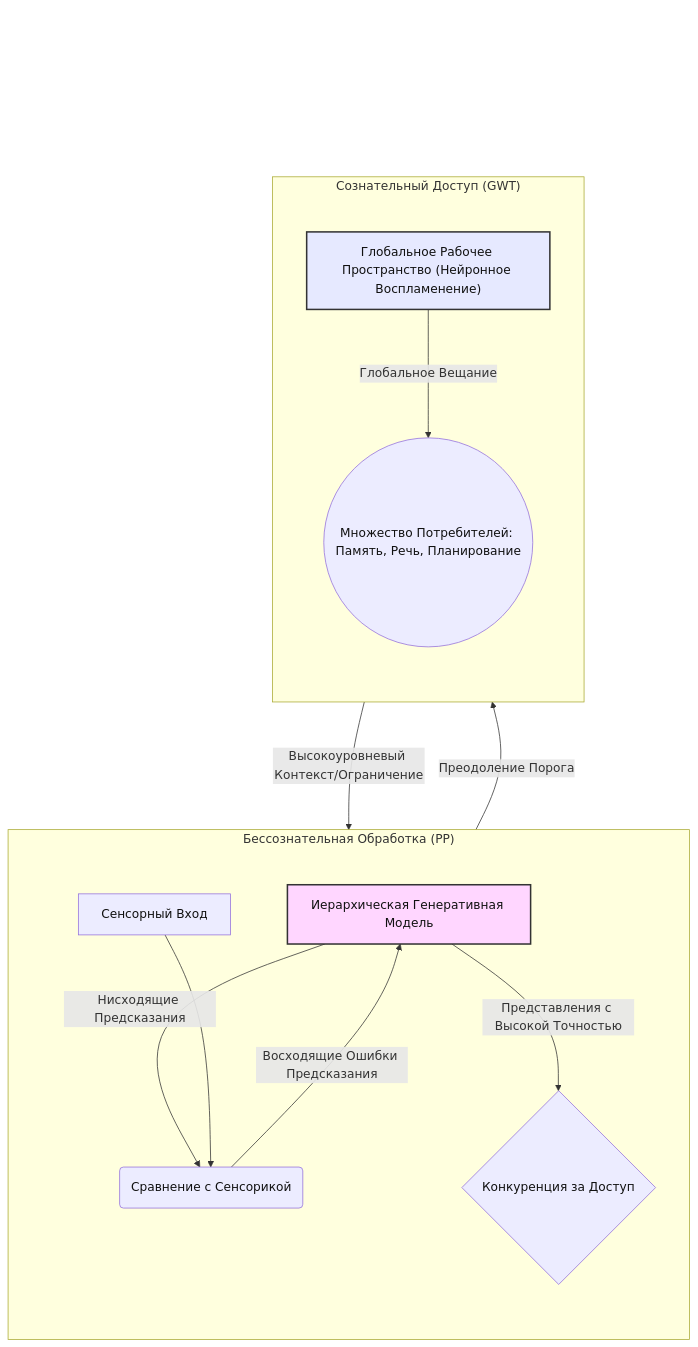
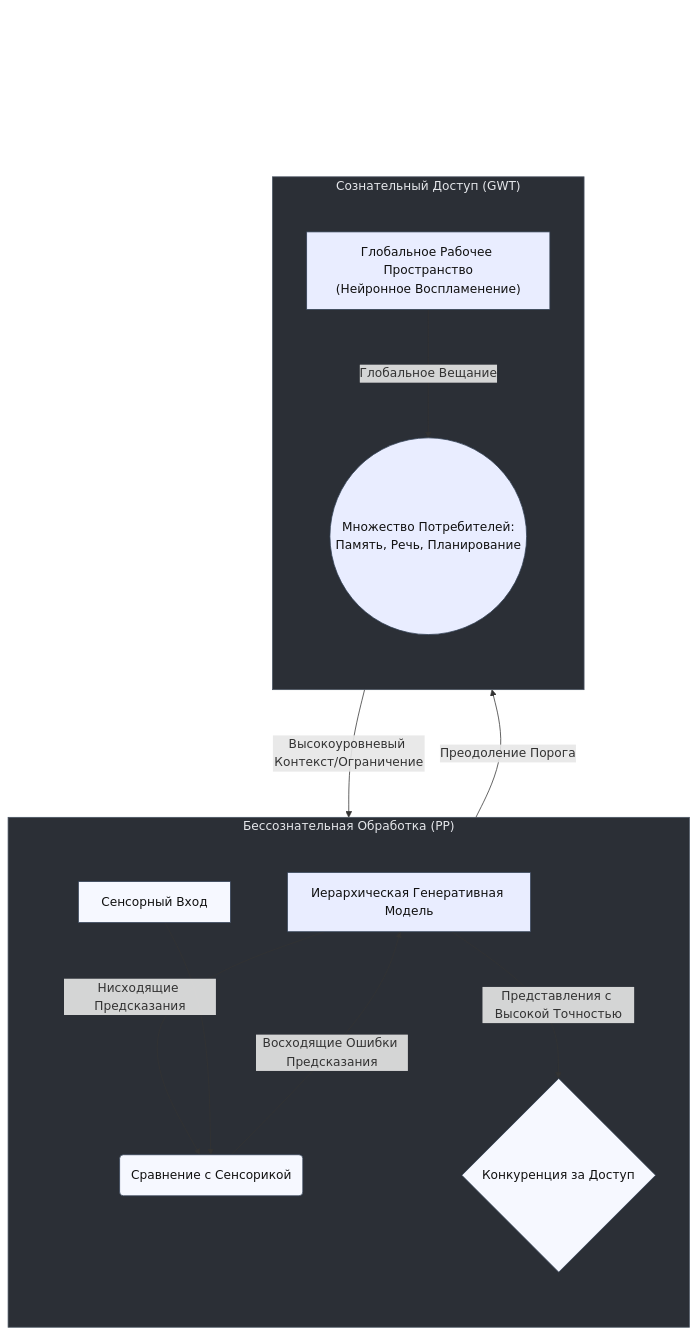
Before and after one commit to Antimortine/epet-course: the diagram in docs/module5/05-pp-gwt-interface.md, drawn with Mermaid. The commit also changed 1 other file, not shown here.

````diff
--- a/docs/module5/05-pp-gwt-interface.md
+++ b/docs/module5/05-pp-gwt-interface.md
@@ -45,32 +45,41 @@
 ```mermaid
 %%{init: { 'flowchart': { 'nodeSpacing': 70, 'rankSpacing': 120, 'wrappingWidth': 260, 'htmlLabels': true }}}%%
 graph TD
+    %% --- классы ---
     classDef hidden fill:transparent,stroke:transparent,color:transparent;
-    classDef default color:#111;
+    classDef nodeLight fill:#f6f8ff,stroke:#334155,stroke-width:1px,color:#111;
+    classDef nodeAccent fill:#e9edff,stroke:#334155,stroke-width:1px,color:#111;
+    classDef nodeCircle fill:#e9edff,stroke:#334155,stroke-width:1px,color:#111;
 
-    %% Пэддеры (первые строки!) фиксируют отступ под заголовком сабграфа
+    %% --- Пэддеры (первые строки!) + невидимые рёбра для отступа заголовка ---
     _padPP["\n\n\n"]:::hidden --> A
     _padGWT["\n\n\n"]:::hidden --> E
     linkStyle 0 stroke:transparent,fill:transparent;
     linkStyle 1 stroke:transparent,fill:transparent;
 
-    subgraph "Бессознательная Обработка (PP)"
+    %% --- Граф ---
+    subgraph PP["Бессознательная Обработка (PP)"]
       direction TB
-      A[Иерархическая Генеративная Модель] -- "Нисходящие Предсказания" --> B(Сравнение с Сенсорикой);
-      C[Сенсорный Вход] --> B;
-      B -- "Восходящие Ошибки Предсказания" --> A;
-      A -- "Представления с Высокой Точностью" --> D{Конкуренция за Доступ};
+      A[Иерархическая Генеративная Модель] -- "Нисходящие Предсказания" --> B(Сравнение с Сенсорикой)
+      C[Сенсорный Вход] --> B
+      B -- "Восходящие Ошибки Предсказания" --> A
+      A -- "Представления с Высокой Точностью" --> D{Конкуренция за Доступ}
     end
 
-    subgraph "Сознательный Доступ (GWT)"
+    subgraph GWT["Сознательный Доступ (GWT)"]
       direction TB
-      D -- "Преодоление Порога" --> E["`Глобальное Рабочее Пространство (Нейронное Воспламенение)`"];
-      E -- "Глобальное Вещание" --> F(("`Множество Потребителей: Память, Речь, Планирование`"));
+      D -- "Преодоление Порога" --> E["Глобальное Рабочее Пространство<br>(Нейронное Воспламенение)"]
+      E -- "Глобальное Вещание" --> F(("Множество Потребителей:<br>Память, Речь, Планирование"))
     end
 
-    E -- "Высокоуровневый Контекст/Ограничение" --> A;
+    E -- "Высокоуровневый Контекст/Ограничение" --> A
 
-    %% При желании можно оставить точечные стили:
-    style A fill:#ffd6ff,stroke:#333,stroke-width:2px,color:#111
-    style E fill:#e6e9ff,stroke:#333,stroke-width:2px,color:#111
+    %% --- Кластеры/сабграфы: тёмные контейнеры с читаемым заголовком ---
+    style PP  fill:#2b2f36,stroke:#4b5563,stroke-width:1px,color:#e5e7eb
+    style GWT fill:#2b2f36,stroke:#4b5563,stroke-width:1px,color:#e5e7eb
+
+    %% --- Присвоение классов нодам (все светлые, читаемые) ---
+    class A,E nodeAccent
+    class B,C,D nodeLight
+    class F nodeCircle
 ```
````
